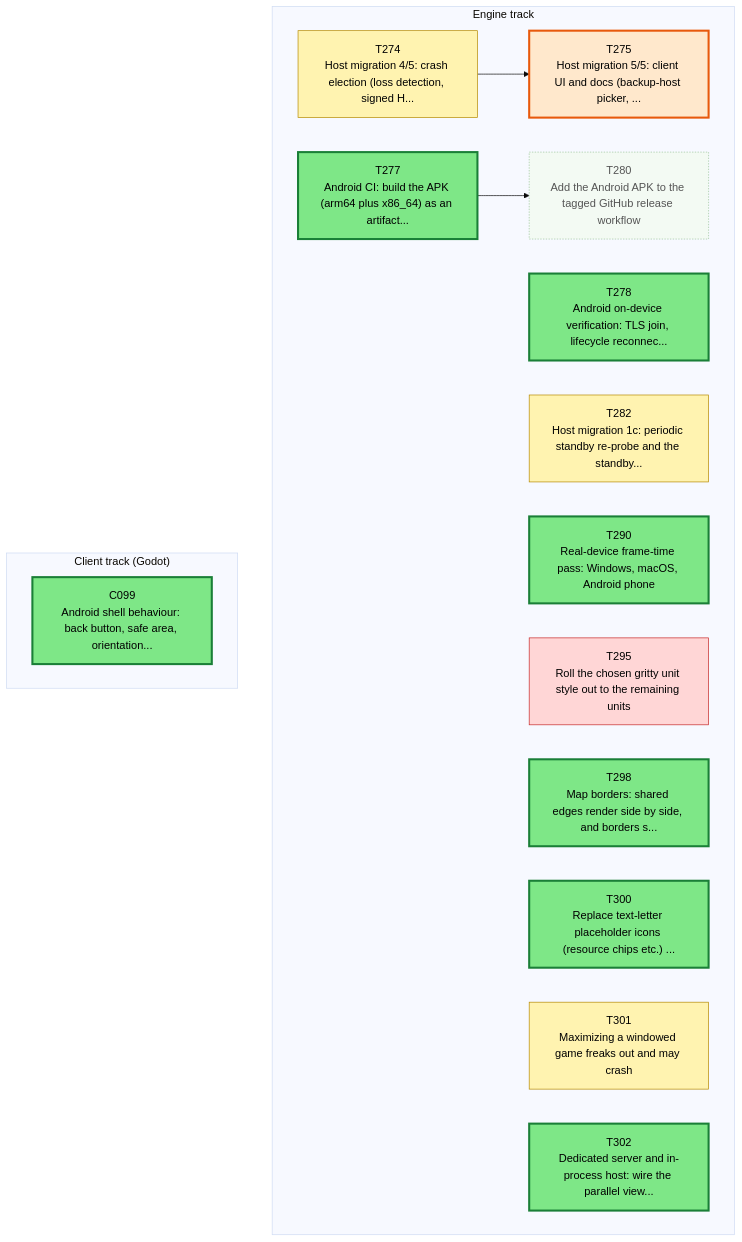
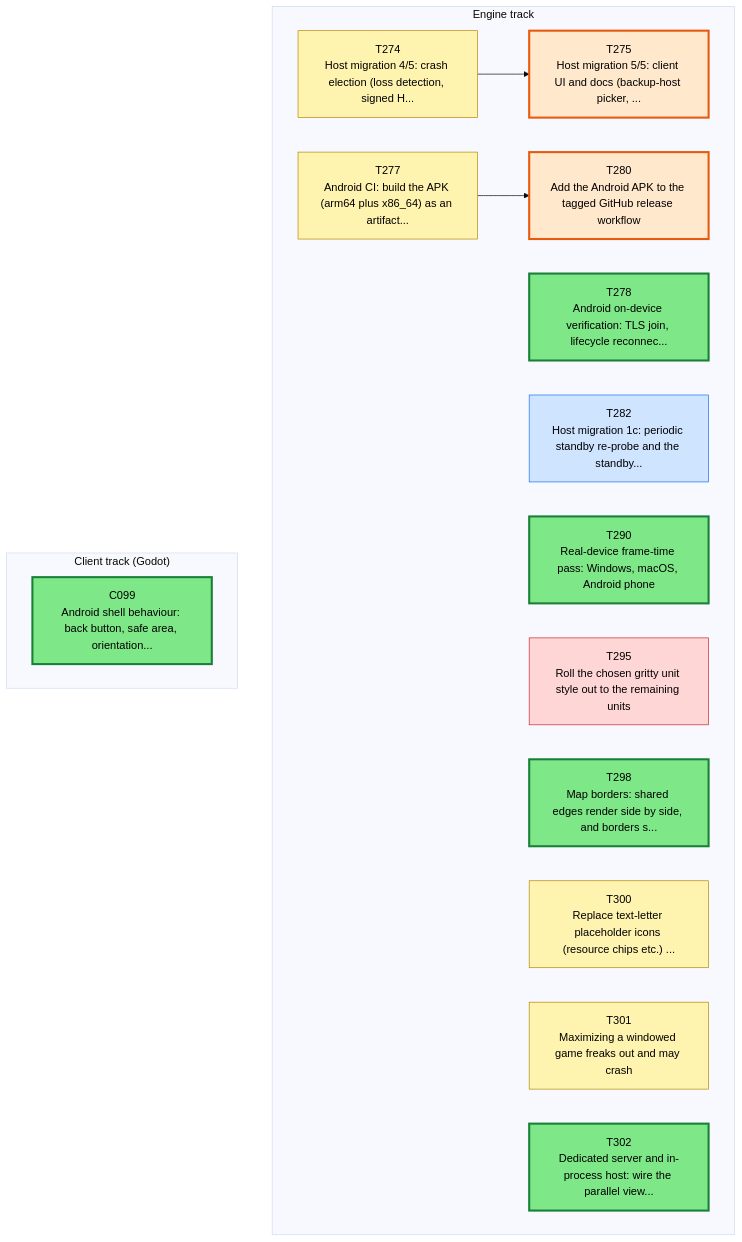
Before and after one commit to Kenmura/Unciv: the first of 3 diagrams in csharp/migration/DEPENDENCY_MAP.md, drawn with Mermaid (base theme). The commit also changed other lines of this file and 1 other file, not shown here.

````diff
--- a/csharp/migration/DEPENDENCY_MAP.md
+++ b/csharp/migration/DEPENDENCY_MAP.md
@@ -35,42 +35,42 @@
 ```mermaid
 flowchart TD
   subgraph TTRACK["Engine track"]
     T274["T274<br/>Host migration 4/5: crash election (loss detection, signed H..."]
     T275["T275<br/>Host migration 5/5: client UI and docs (backup-host picker, ..."]
     T277["T277<br/>Android CI: build the APK (arm64 plus x86_64) as an artifact..."]
     T278["T278<br/>Android on-device verification: TLS join, lifecycle reconnec..."]
     T280["T280<br/>Add the Android APK to the tagged GitHub release workflow"]
     T282["T282<br/>Host migration 1c: periodic standby re-probe and the standby..."]
     T290["T290<br/>Real-device frame-time pass: Windows, macOS, Android phone"]
     T295["T295<br/>Roll the chosen gritty unit style out to the remaining units"]
     T298["T298<br/>Map borders: shared edges render side by side, and borders s..."]
     T300["T300<br/>Replace text-letter placeholder icons (resource chips etc.) ..."]
     T301["T301<br/>Maximizing a windowed game freaks out and may crash"]
     T302["T302<br/>Dedicated server and in-process host: wire the parallel view..."]
   end
   subgraph CTRACK["Client track (Godot)"]
     C099["C099<br/>Android shell behaviour: back button, safe area, orientation..."]
   end
   T274 --> T275
   T277 --> T280
   classDef waiting fill:#f3faf3,stroke:#9bc49b,color:#555,stroke-dasharray:2 2
   classDef ondeck fill:#ffe8cc,stroke:#e8590c,stroke-width:3px,color:#000
   classDef ready fill:#7ee787,stroke:#1a7f37,stroke-width:3px,color:#000
   classDef prog fill:#fff3b0,stroke:#b58900,color:#000
   classDef review fill:#cfe4ff,stroke:#1f6feb,color:#000
   classDef blocked fill:#ffd6d6,stroke:#c62828,color:#000
   classDef done fill:#eeeeee,stroke:#999999,color:#666,stroke-dasharray:4 3
   class C099 ready
   class T274 prog
   class T275 ondeck
-  class T277 ready
+  class T277 prog
   class T278 ready
-  class T280 waiting
-  class T282 prog
+  class T280 ondeck
+  class T282 review
   class T290 ready
   class T295 blocked
   class T298 ready
-  class T300 ready
+  class T300 prog
   class T301 prog
   class T302 ready
 ```
````
